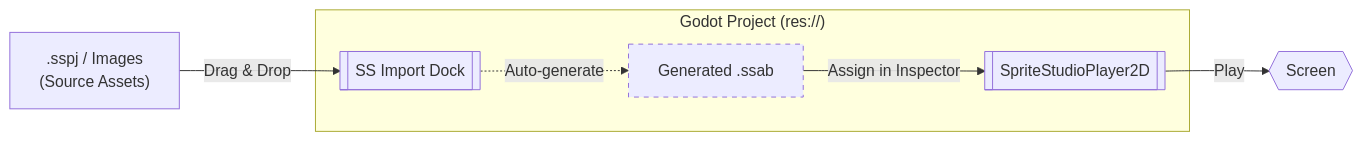
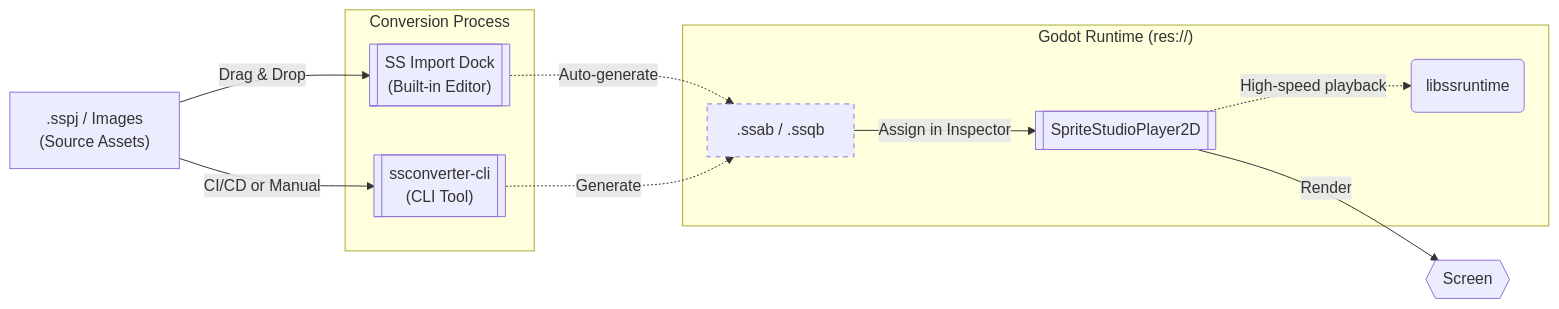
One commit to SpriteStudio/SSPlayerForGodot changed the diagram in README.md. Above: the diagram before and after it, drawn with Mermaid. The commit also changed other lines of this file and 16 other files, not shown here.

````diff
--- a/README.md
+++ b/README.md
@@ -50,18 +54,27 @@
 ```mermaid
 graph LR
     SS[" .sspj / Images<br>(Source Assets) "]
 
-    subgraph Godot ["Godot Project (res://)"]
-        DOCK[[" SS Import Dock "]]
-        BIN[" Generated .ssab "]
+    subgraph Convert ["Conversion Process"]
+        DOCK[[" SS Import Dock<br>(Built-in Editor) "]]
+        CLI[[" ssconverter-cli<br>(CLI Tool) "]]
+    end
+
+    subgraph Godot ["Godot Runtime (res://)"]
+        BIN[" .ssab / .ssqb "]
         NODE[[ SpriteStudioPlayer2D ]]
+        RT(" libssruntime ")
     end
 
     SS -- "Drag & Drop" --> DOCK
+    SS -- "CI/CD or Manual" --> CLI
     DOCK -. "Auto-generate" .-> BIN
+    CLI -. "Generate" .-> BIN
+    
     BIN -- "Assign in Inspector" --> NODE
-    NODE -- "Play" --> RENDER{{" Screen "}}
+    NODE -. "High-speed playback" .-> RT
+    NODE -- "Render" --> RENDER{{" Screen "}}
 
     classDef generated stroke-dasharray: 5 5;
     class BIN generated;
 ```
````
